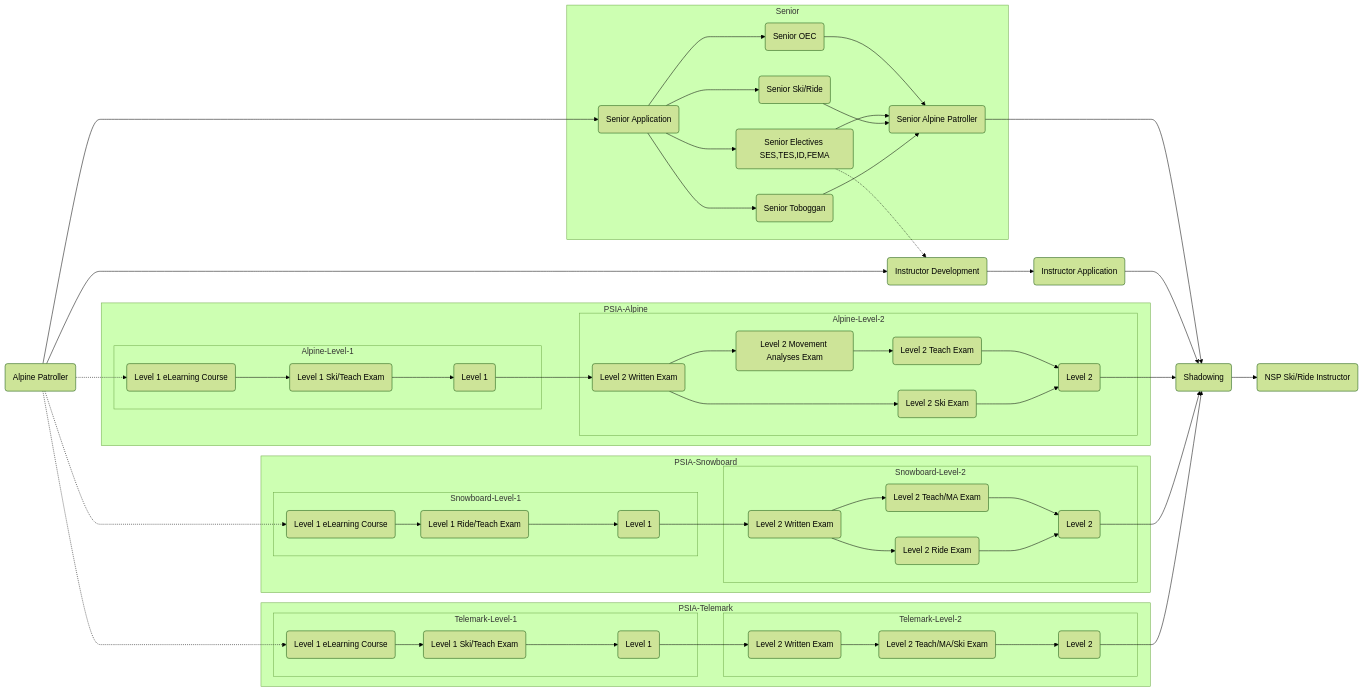
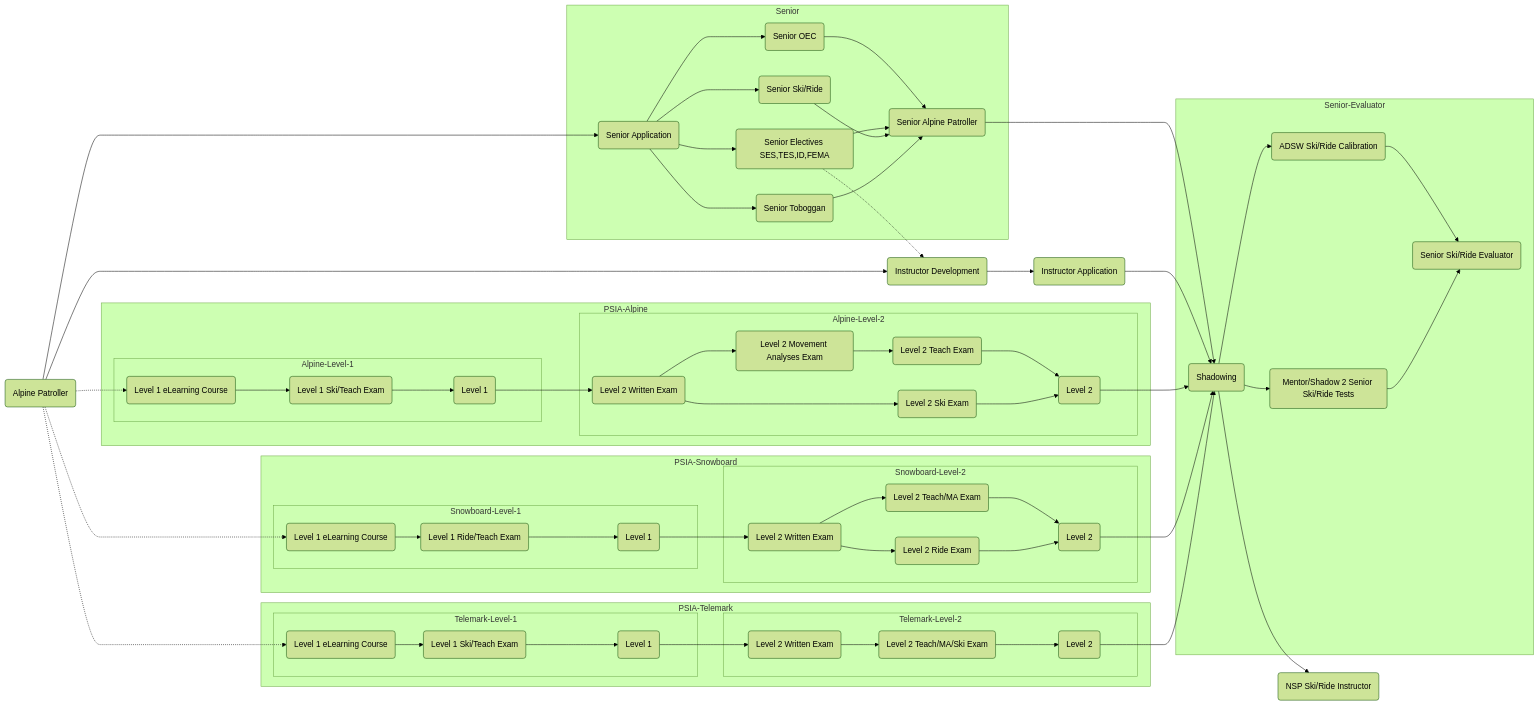
Before and after one commit to brookpatten/nsp-ohio-instructor-path: the diagram in README.md, drawn with Mermaid (forest theme).

````diff
--- a/README.md
+++ b/README.md
@@ -1,69 +1,76 @@
 ```mermaid
   flowchart LR;
       AP(Alpine Patroller) --> SPA(Senior Application);
       subgraph Senior
       SPA --> SOEC(Senior OEC);
       SPA --> SE(Senior Electives SES,TES,ID,FEMA);
       SPA --> SR(Senior Ski/Ride);
       SPA --> ST(Senior Toboggan);
       SOEC --> SP(Senior Alpine Patroller);
       SE --> SP;
       SR --> SP;
       ST --> SP;
       end
       SE -.-> ID;
       SP --> M;
       AP --> ID(Instructor Development);
       ID --> IA(Instructor Application);
       IA --> M(Shadowing);
       M --> SRI(NSP Ski/Ride Instructor);
       
       subgraph PSIA-Alpine
       subgraph Alpine-Level-1
       L1W(Level 1 eLearning Course) --> L1E(Level 1 Ski/Teach Exam);
       L1E --> L1C(Level 1);
       end
       L1C --> L2W;
       subgraph Alpine-Level-2
       L2W(Level 2 Written Exam) --> L2MA(Level 2 Movement Analyses Exam);
       L2MA --> L2T(Level 2 Teach Exam);
       L2W --> L2S(Level 2 Ski Exam);
       L2T --> L2C(Level 2);
       L2S --> L2C;
       end
       end
       
       subgraph PSIA-Snowboard
       subgraph Snowboard-Level-1
       BL1W(Level 1 eLearning Course) --> BL1E(Level 1 Ride/Teach Exam);
       BL1E --> BL1C(Level 1);
       end
       BL1C --> BL2W;
       subgraph Snowboard-Level-2
       BL2W(Level 2 Written Exam) --> BL2T(Level 2 Teach/MA Exam);
       BL2W --> BL2S(Level 2 Ride Exam);
       BL2T --> BL2C(Level 2);
       BL2S --> BL2C;
       end
       end
 
       subgraph PSIA-Telemark
       subgraph Telemark-Level-1
       TL1W(Level 1 eLearning Course) --> TL1E(Level 1 Ski/Teach Exam);
       TL1E --> TL1C(Level 1);
       end
       TL1C --> TL2W;
       subgraph Telemark-Level-2
       TL2W(Level 2 Written Exam) --> TL2T(Level 2 Teach/MA/Ski Exam);
       TL2T --> TL2C(Level 2);
       end
       end
       
       
       L2C --> M;
       BL2C --> M;
       TL2C --> M;
       AP -.-> L1W;
       AP -.-> BL1W;
       AP -.-> TL1W;
+
+      subgraph Senior-Evaluator
+      M --> ADSW(ADSW Ski/Ride Calibration);
+      M --> SH(Mentor/Shadow 2 Senior Ski/Ride Tests);
+      ADSW --> SS(Senior Ski/Ride Evaluator);
+      SH --> SS;
+      end
 ```
````
